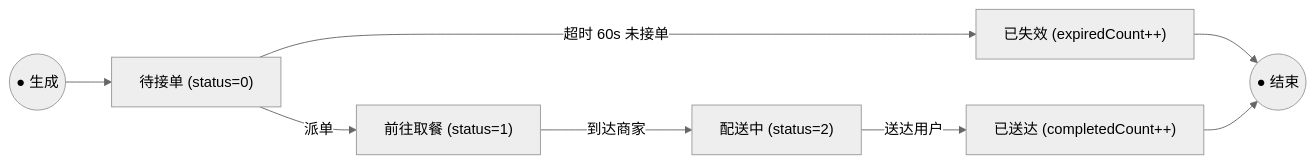
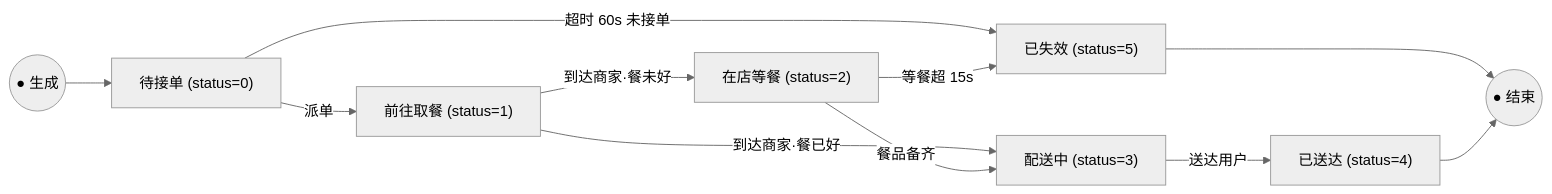
The second of 3 diagrams in README.md (EricYFY/meileme), drawn with Mermaid (neutral theme) before and after one commit. The commit also changed other lines of this file and 5 other files, not shown here.

````diff
--- a/README.md
+++ b/README.md
@@ -205,10 +165,13 @@
 ```mermaid
 flowchart LR
     Start(("● 生成")) --> S0["待接单 (status=0)"]
     S0 -->|"派单"| S1["前往取餐 (status=1)"]
-    S0 -->|"超时 60s 未接单"| SExp["已失效 (expiredCount++)"]
-    S1 -->|"到达商家"| S2["配送中 (status=2)"]
-    S2 -->|"送达用户"| S3["已送达 (completedCount++)"]
+    S0 -->|"超时 60s 未接单"| SExp["已失效 (status=5)"]
+    S1 -->|"到达商家·餐未好"| S2["在店等餐 (status=2)"]
+    S1 -->|"到达商家·餐已好"| S3["配送中 (status=3)"]
+    S2 -->|"餐品备齐"| S3
+    S2 -->|"等餐超 15s"| SExp
+    S3 -->|"送达用户"| S4["已送达 (status=4)"]
     SExp --> EndNode(("● 结束"))
-    S3 --> EndNode
+    S4 --> EndNode
 ```
````
